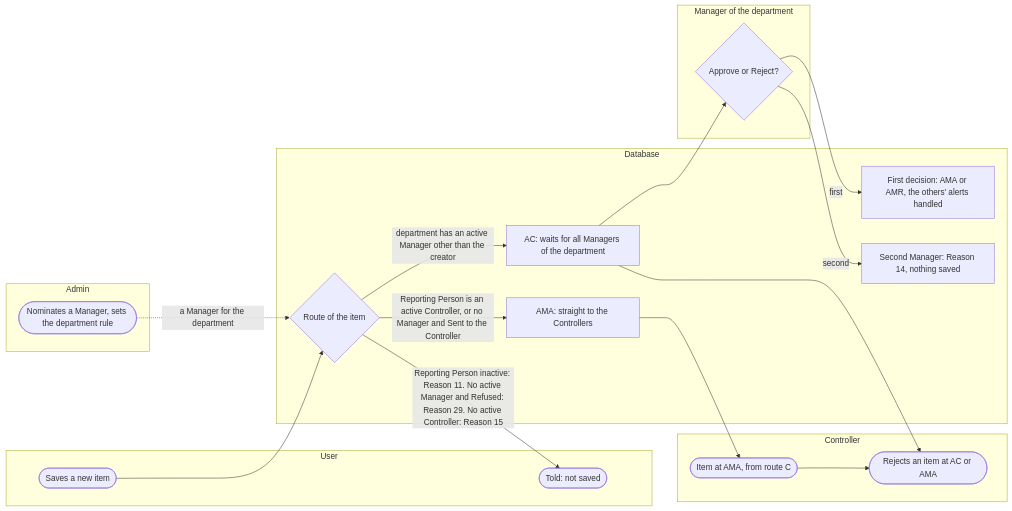
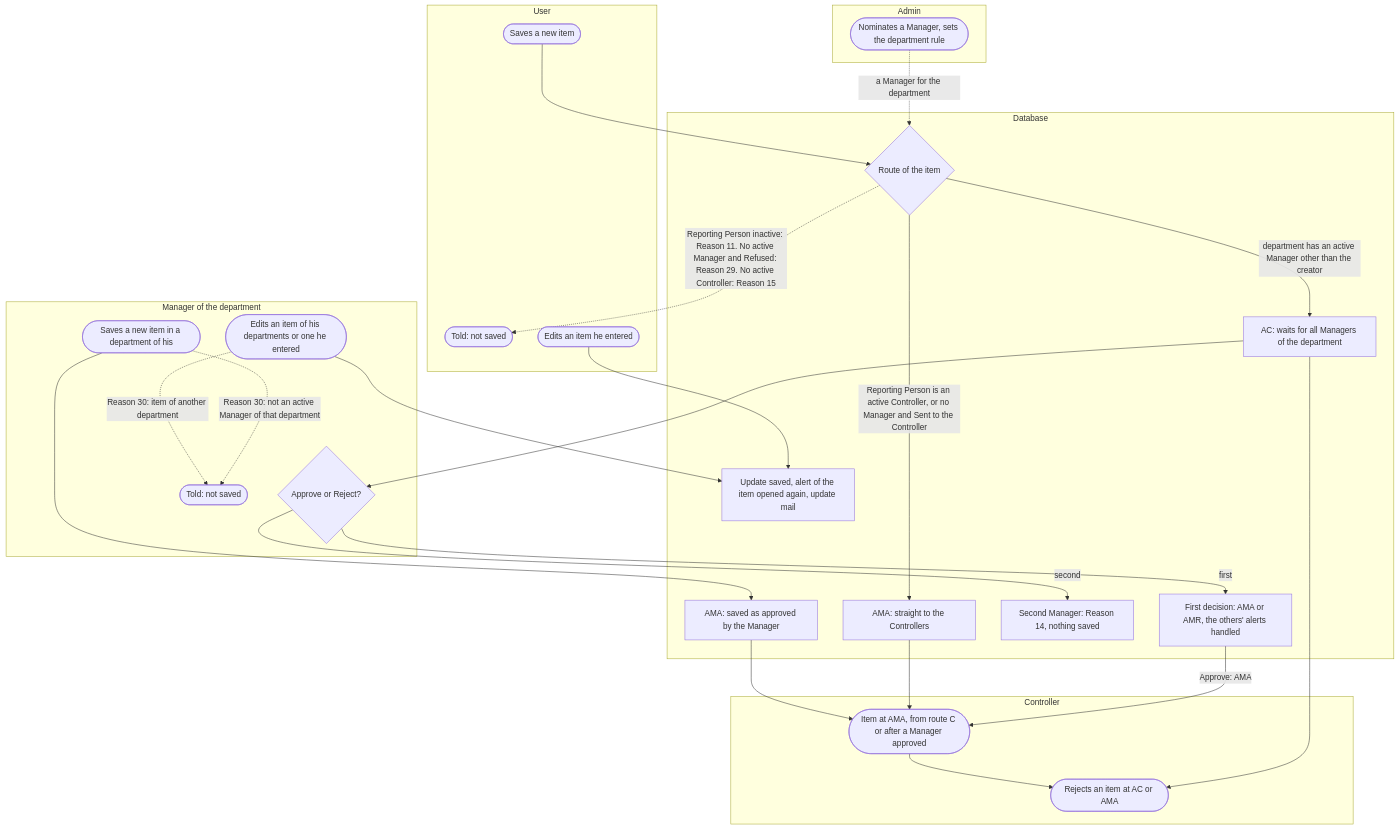
The first of 2 diagrams in Documents/Data-Flow/04-Workflows/01-Agenda-Life-Cycle.md (gashpy64/BMMS-Legacy), drawn with Mermaid before and after one commit. The commit also changed other lines of this file and 23 other files, not shown here.

First line of the commit message:
WF2e1: Data-Flow part 1, Agenda (DA-G-006, 007, 008, 011, 017; drift 09:169-170, 09:238); part labels WF2c1-c4 renamed WF2e1-e4

````diff
--- a/Documents/Data-Flow/04-Workflows/01-Agenda-Life-Cycle.md
+++ b/Documents/Data-Flow/04-Workflows/01-Agenda-Life-Cycle.md
@@ -28,36 +54,49 @@
 ```mermaid
-flowchart LR
+flowchart TB
     subgraph User
         u1(["Saves a new item"])
         u2(["Told: not saved"])
+        u3(["Edits an item he entered"])
     end
     subgraph Manager["Manager of the department"]
+        m0(["Saves a new item in a department of his"])
         m1{"Approve or Reject?"}
+        m2(["Edits an item of his departments or one he entered"])
+        m3(["Told: not saved"])
     end
     subgraph Controller
-        c1(["Item at AMA, from route C"])
+        c1(["Item at AMA, from route C or after a Manager approved"])
         c2(["Rejects an item at AC or AMA"])
     end
     subgraph Admin
         a1(["Nominates a Manager, sets the department rule"])
     end
     subgraph Database
         d1{"Route of the item"}
         d2["AC: waits for all Managers of the department"]
         d3["AMA: straight to the Controllers"]
         d4["First decision: AMA or AMR, the others' alerts handled"]
         d5["Second Manager: Reason 14, nothing saved"]
+        d6["AMA: saved as approved by the Manager"]
+        d7["Update saved, alert of the item opened again, update mail"]
     end
 
     u1 --> d1
-    d1 -->|"Reporting Person inactive: Reason 11. No active Manager and Refused: Reason 29. No active Controller: Reason 15"| u2
+    d1 -.->|"Reporting Person inactive: Reason 11. No active Manager and Refused: Reason 29. No active Controller: Reason 15"| u2
     d1 -->|"department has an active Manager other than the creator"| d2
     d1 -->|"Reporting Person is an active Controller, or no Manager and Sent to the Controller"| d3
     a1 -.->|"a Manager for the department"| d1
     d2 --> m1
     m1 -->|"first"| d4
     m1 -->|"second"| d5
+    d4 -->|"Approve: AMA"| c1
     d3 --> c1
     d2 --> c2
     c1 --> c2
+    m0 --> d6
+    d6 --> c1
+    m0 -.->|"Reason 30: not an active Manager of that department"| m3
+    u3 --> d7
+    m2 --> d7
+    m2 -.->|"Reason 30: item of another department"| m3
 ```
````
